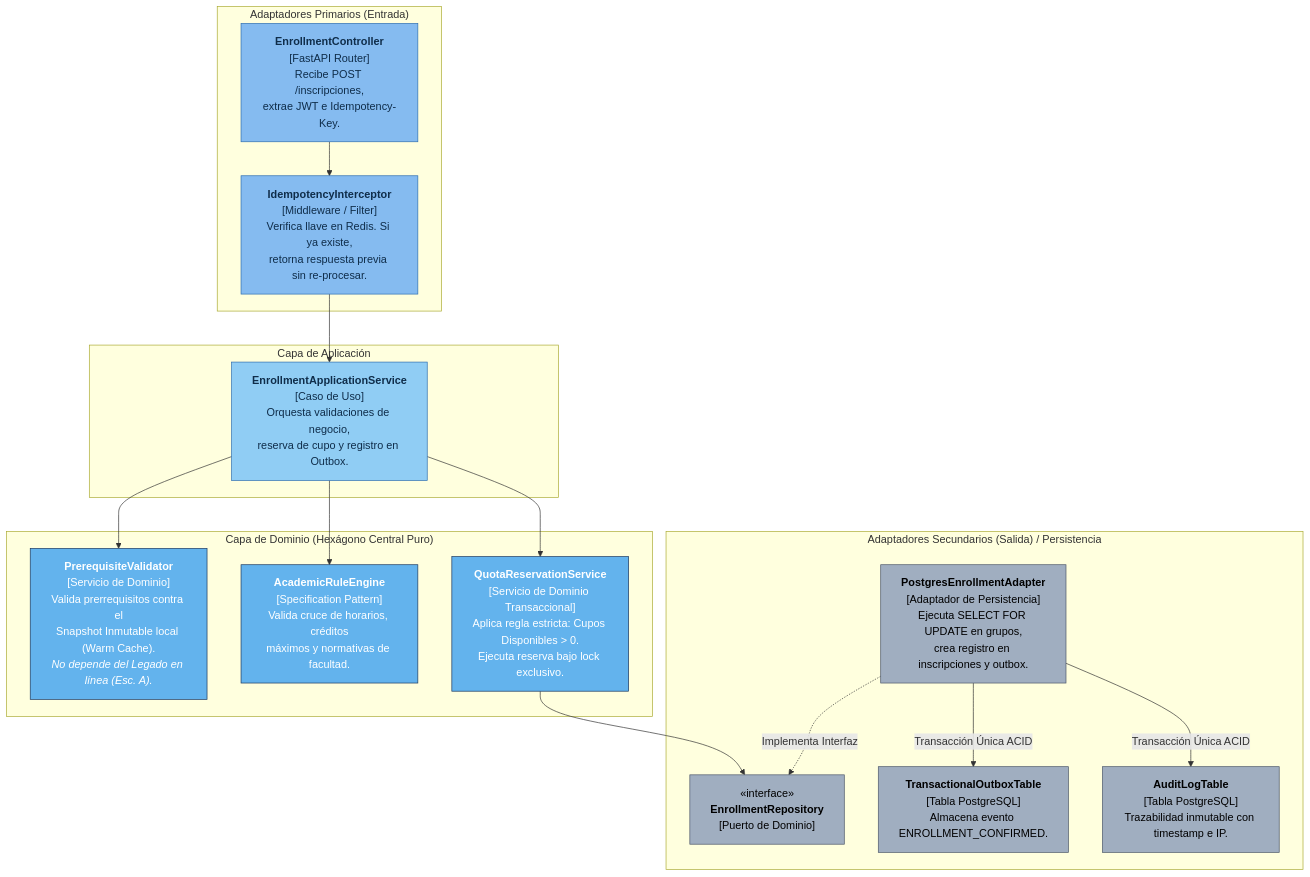
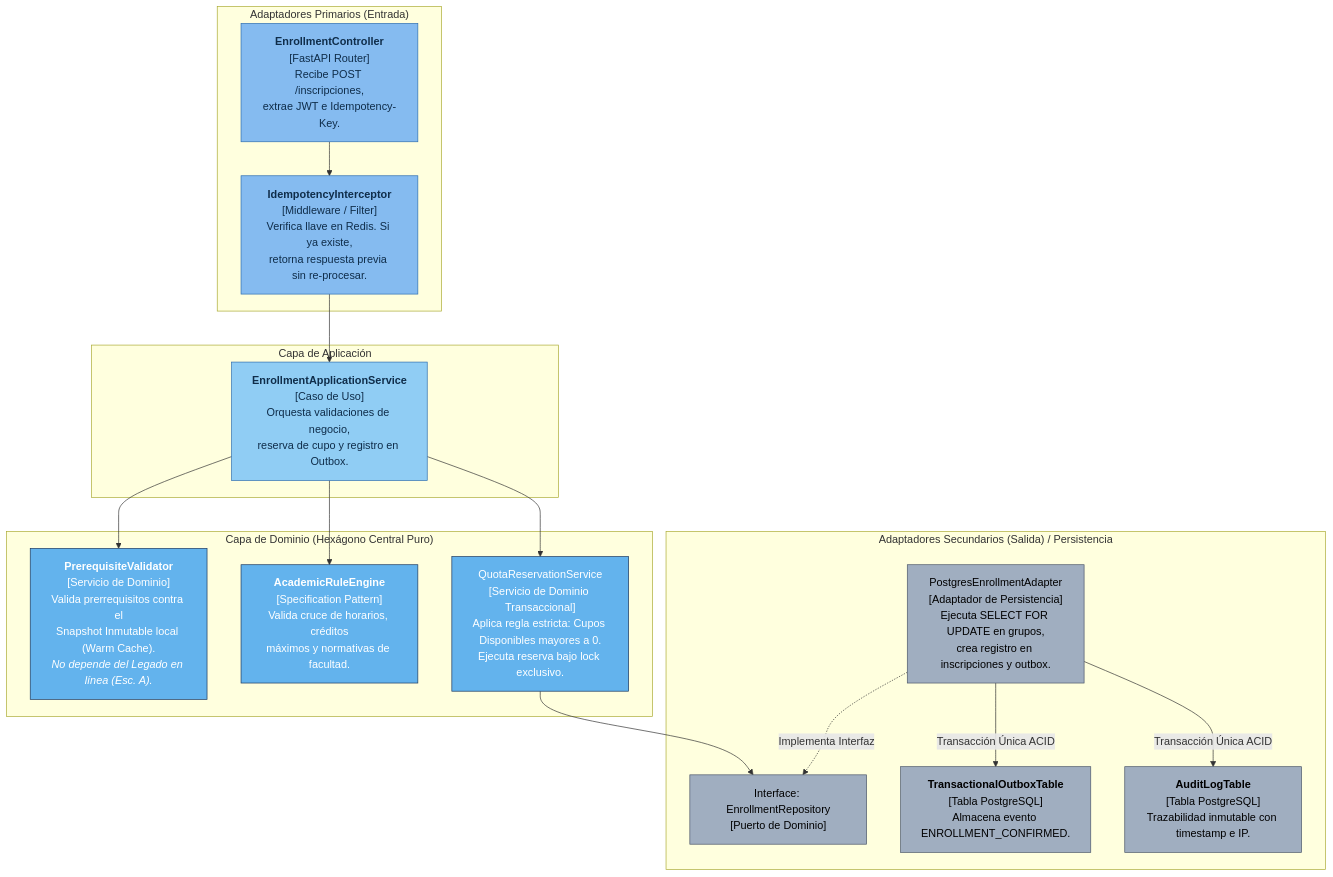
One commit to aluengas98/parcial2_aluengas98 changed the fourth of 5 diagrams in docs/actividad2.md. Above: the diagram before and after it, drawn with Mermaid. The commit also changed other lines of this file and 2 other files, not shown here.

Commit message:
fix(diagrams): sanitizacion exhaustiva de sintaxis mermaid en todas las actividades

````diff
--- a/docs/actividad2.md
+++ b/docs/actividad2.md
@@ -140,43 +140,43 @@
 ```mermaid
 flowchart TB
     subgraph Entrada["Adaptadores Primarios (Entrada)"]
         Controller["<b>EnrollmentController</b><br/>[FastAPI Router]<br/>Recibe POST /inscripciones,<br/>extrae JWT e Idempotency-Key."]
         IdempotencyMid["<b>IdempotencyInterceptor</b><br/>[Middleware / Filter]<br/>Verifica llave en Redis. Si ya existe,<br/>retorna respuesta previa sin re-procesar."]
     end
 
     subgraph Aplicacion["Capa de Aplicación"]
         AppService["<b>EnrollmentApplicationService</b><br/>[Caso de Uso]<br/>Orquesta validaciones de negocio,<br/>reserva de cupo y registro en Outbox."]
     end
 
     subgraph Dominio["Capa de Dominio (Hexágono Central Puro)"]
         PrereqValidator["<b>PrerequisiteValidator</b><br/>[Servicio de Dominio]<br/>Valida prerrequisitos contra el<br/>Snapshot Inmutable local (Warm Cache).<br/><i>No depende del Legado en línea (Esc. A).</i>"]
         RuleEngine["<b>AcademicRuleEngine</b><br/>[Specification Pattern]<br/>Valida cruce de horarios, créditos<br/>máximos y normativas de facultad."]
-        QuotaService["<b>QuotaReservationService</b><br/>[Servicio de Dominio Transaccional]<br/>Aplica regla estricta: Cupos Disponibles &gt; 0.<br/>Ejecuta reserva bajo lock exclusivo."]
+        QuotaService["QuotaReservationService<br/>[Servicio de Dominio Transaccional]<br/>Aplica regla estricta: Cupos Disponibles mayores a 0.<br/>Ejecuta reserva bajo lock exclusivo."]
     end
 
     subgraph Infraestructura["Adaptadores Secundarios (Salida) / Persistencia"]
-        RepoPort["&laquo;interface&raquo;<br/><b>EnrollmentRepository</b><br/>[Puerto de Dominio]"]
-        RepoAdapter["<b>PostgresEnrollmentAdapter</b><br/>[Adaptador de Persistencia]<br/>Ejecuta SELECT FOR UPDATE en grupos,<br/>crea registro en inscripciones y outbox."]
+        RepoPort["Interface: EnrollmentRepository<br/>[Puerto de Dominio]"]
+        RepoAdapter["PostgresEnrollmentAdapter<br/>[Adaptador de Persistencia]<br/>Ejecuta SELECT FOR UPDATE en grupos,<br/>crea registro en inscripciones y outbox."]
         OutboxTable["<b>TransactionalOutboxTable</b><br/>[Tabla PostgreSQL]<br/>Almacena evento ENROLLMENT_CONFIRMED."]
         AuditTable["<b>AuditLogTable</b><br/>[Tabla PostgreSQL]<br/>Trazabilidad inmutable con timestamp e IP."]
     end
 
     Controller --> IdempotencyMid
     IdempotencyMid --> AppService
     AppService --> PrereqValidator
     AppService --> RuleEngine
     AppService --> QuotaService
     QuotaService --> RepoPort
     RepoAdapter -.->|Implementa Interfaz| RepoPort
     RepoAdapter -->|"Transacción Única ACID"| OutboxTable
     RepoAdapter -->|"Transacción Única ACID"| AuditTable
 
     classDef prim fill:#85bbf0,stroke:#2b6cb0,color:#0f2d4a;
     classDef app fill:#90cdf4,stroke:#2b6cb0,color:#0f2d4a;
     classDef dom fill:#63b3ed,stroke:#1a365d,color:#ffffff;
     classDef infra fill:#a0aec0,stroke:#4a5568,color:#000000;
     class Controller,IdempotencyMid prim;
     class AppService app;
     class PrereqValidator,RuleEngine,QuotaService dom;
     class RepoPort,RepoAdapter,OutboxTable,AuditTable infra;
 ```
````
